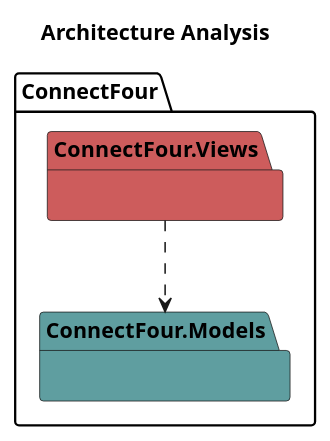
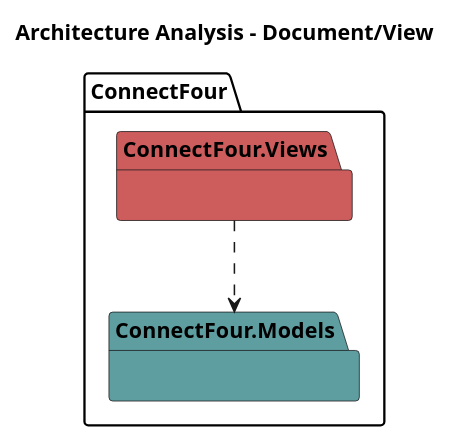
One commit to franpaulinoinfante/MasterSoftwareDevelopment changed the first of 3 diagrams in src/Connect4/DocumentView/Docs/ArchitectureAnalysis.plantuml. Above: the diagram before and after it, drawn with PlantUML. The commit also changed other lines of this file and 6 other files, not shown here.

```diff
--- a/src/Connect4/DocumentView/Docs/ArchitectureAnalysis.plantuml
+++ b/src/Connect4/DocumentView/Docs/ArchitectureAnalysis.plantuml
@@ -1,9 +1,9 @@
 @startuml ArchitectureAnalysis
-title Architecture Analysis
+title Architecture Analysis - Document/View
 package ConnectFour{
     namespace Views #IndianRed{}
     namespace Models #CadetBlue{}
     
     Views ..> Models
 }
 @enduml
```
